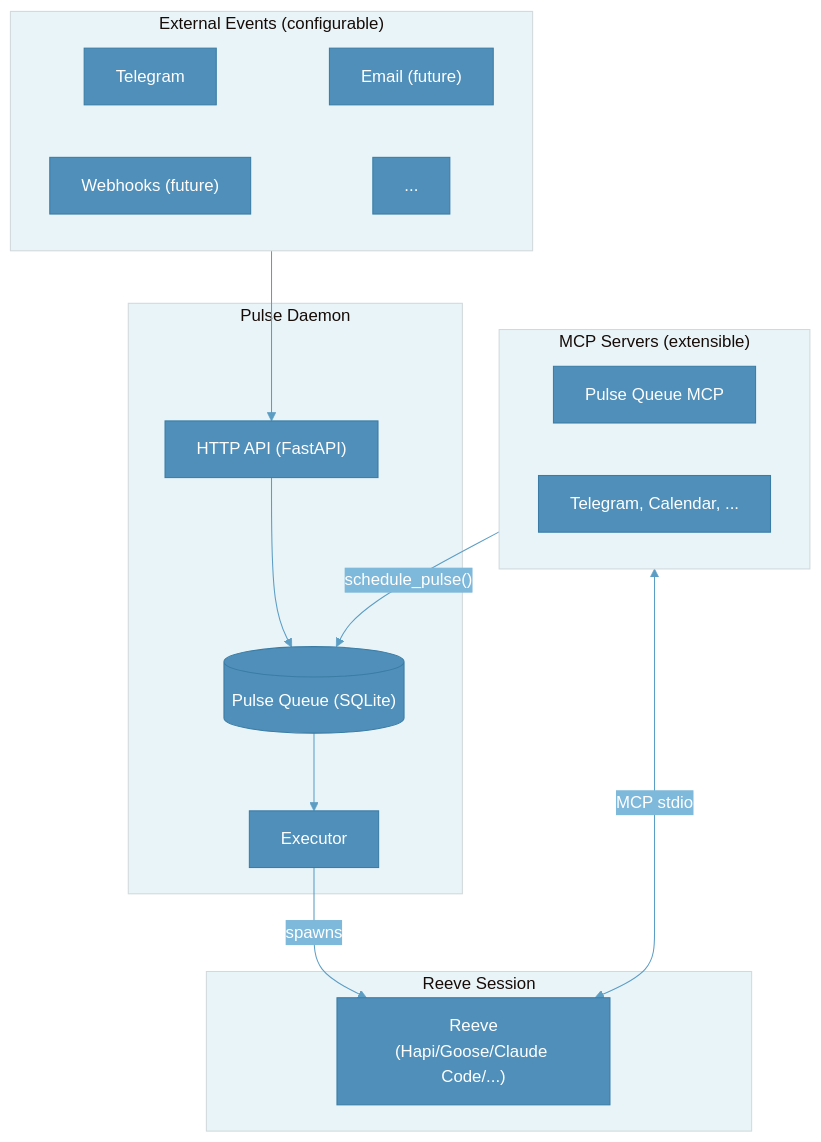
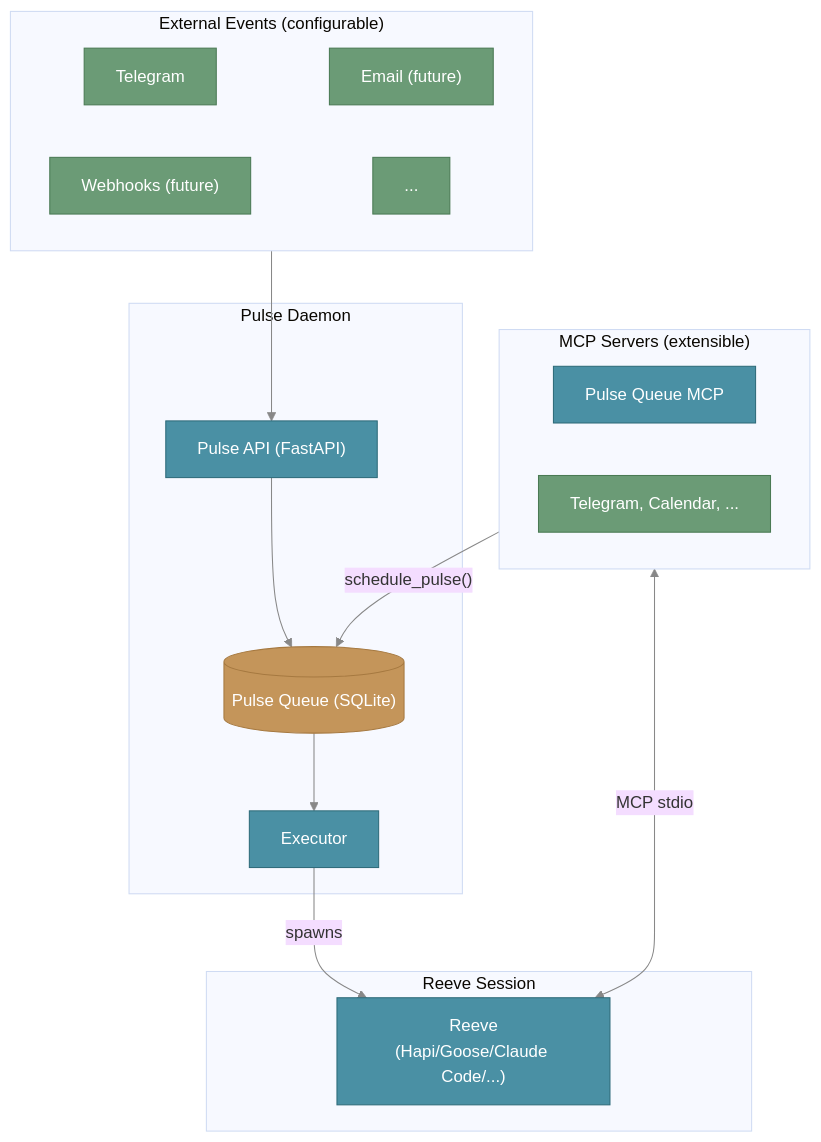
Before and after one commit to reubenjohn/reeve_bot: the diagram in docs/index.md, drawn with Mermaid. The commit also changed 1 other file, not shown here.

Commit message:
docs: Add color-coded component categories to diagrams
System Overview:
- Core (blue): Pulse API, Executor, Reeve, Pulse Queue MCP
- External (green): event listeners, other MCPs
- Database (amber): Pulse Queue
- Rename "HTTP API" to "Pulse API"

Pulse Lifecycle:
- Status (blue): PENDING, PROCESSING
- Success (green): COMPLETED, retry
- Failure (amber): FAILED, CANCELLED

````diff
--- a/docs/index.md
+++ b/docs/index.md
@@ -58,40 +58,49 @@
 ```mermaid
-%%{init: {'theme': 'base', 'themeVariables': { 'primaryColor': '#4f8fba', 'primaryTextColor': '#fff', 'primaryBorderColor': '#3a7ca5', 'lineColor': '#5c9dc4', 'secondaryColor': '#7eb8da', 'tertiaryColor': '#e8f4f8'}}}%%
+%%{init: {'theme': 'base', 'themeVariables': { 'lineColor': '#888'}}}%%
 flowchart TB
     subgraph events["External Events (configurable)"]
         direction LR
         telegram_listener["Telegram"] ~~~ email_listener["Email (future)"]
         webhooks["Webhooks (future)"] ~~~ more_events["..."]
     end
 
     subgraph daemon["Pulse Daemon"]
-        api["HTTP API (FastAPI)"]
+        api["Pulse API (FastAPI)"]
         queue[("Pulse Queue (SQLite)")]
         executor["Executor"]
 
         api --> queue
         queue --> executor
     end
 
     subgraph session["Reeve Session"]
         reeve["Reeve<br/>(Hapi/Goose/Claude Code/...)"]
     end
 
     subgraph mcps["MCP Servers (extensible)"]
         direction LR
         pulse_mcp["Pulse Queue MCP"]
         other_mcp["Telegram, Calendar, ..."]
     end
 
     %% External events feed into daemon
     events --> api
 
     %% Executor spawns Reeve session
     executor -- "spawns" --> reeve
 
     %% Reeve connects to MCP servers
     reeve <-- "MCP stdio" --> mcps
 
     %% Self-scheduling loop
     pulse_mcp -- "schedule_pulse()" --> queue
+
+    %% Styles
+    classDef core fill:#4a90a4,stroke:#2e6b7a,color:#fff
+    classDef external fill:#6b9b76,stroke:#4a7a54,color:#fff
+    classDef database fill:#c4955a,stroke:#a67940,color:#fff
+
+    class api,executor,reeve,pulse_mcp core
+    class telegram_listener,email_listener,webhooks,more_events,other_mcp external
+    class queue database
 ```
````
